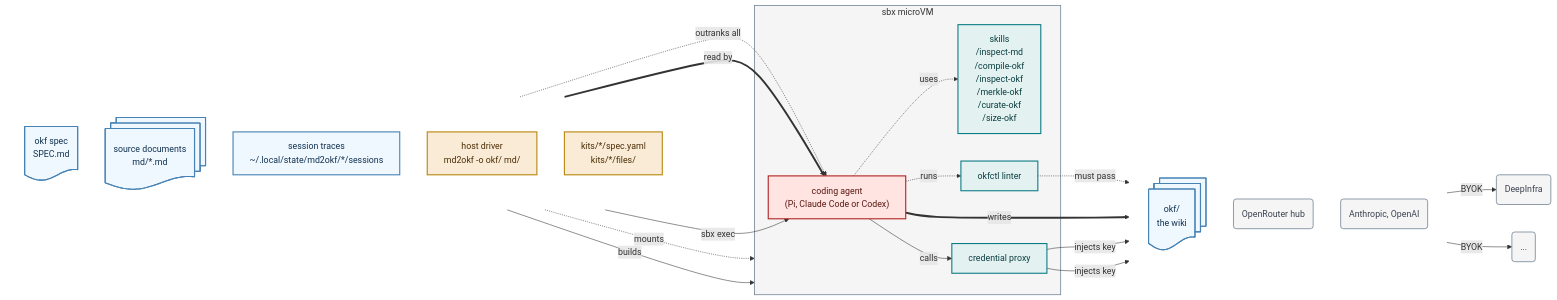
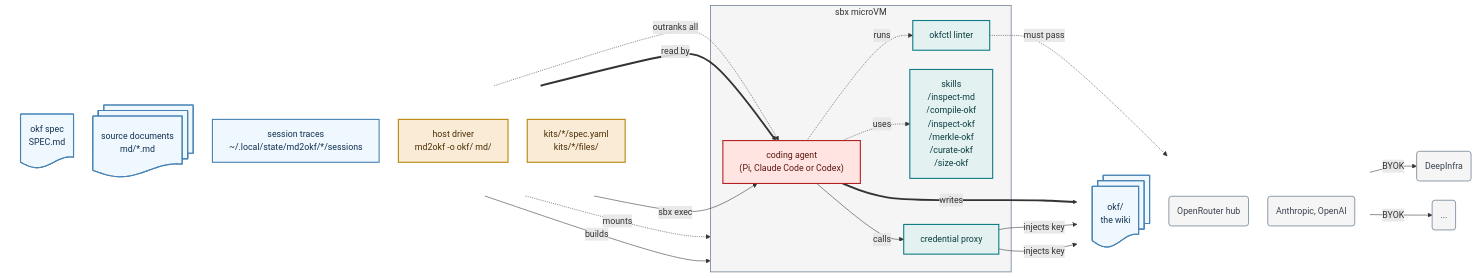
Before and after one commit to lars20070/md2okf: the diagram in README.md, drawn with Mermaid.

Commit message:
More balanced layout

````diff
--- a/README.md
+++ b/README.md
@@ -25,56 +25,62 @@
 ```mermaid
+---
+config:
+  flowchart:
+    nodeSpacing: 35
+    rankSpacing: 45
+---
 flowchart LR
   subgraph IN[" "]
     direction TB
     SPEC@{ shape: doc, label: "okf spec<br>SPEC.md"}
     MD@{ shape: docs, label: "source documents<br>md/*.md"}
     STATE["session traces<br/>~/.local/state/md2okf/*/sessions"]
     DRV["host driver<br>md2okf -o okf/ md/"]
     KIT["kits/*/spec.yaml<br/>kits/*/files/"]
   end
 
   subgraph VM["sbx microVM"]
     AGENT["coding agent<br/>(Pi, Claude Code or Codex)"]
+    LINT["okfctl linter"]
     TOOLS["skills<br>/inspect-md<br/>/compile-okf<br/>/inspect-okf<br/>/merkle-okf<br/>/curate-okf<br/>/size-okf"]
-    LINT["okfctl linter"]
     PROXY["credential proxy"]
   end
 
   subgraph OUT[" "]
     direction TB
     OKF@{ shape: docs, label: "okf/<br/>the wiki"}
     NET("OpenRouter hub")
     NET3("Anthropic, OpenAI")
   end
   NET1("DeepInfra")
   NET2("...")
 
   SPEC -.->|"outranks all"| AGENT
   MD ==>|"read by"| AGENT
   STATE -.->|"mounts"| VM
   STATE ~~~ AGENT
   DRV -->|"sbx exec"| AGENT
   KIT -->|"builds"| VM
-  AGENT -.->|"uses"| TOOLS
   AGENT -.->|"runs"| LINT
   LINT -.->|"must pass"| OKF
   AGENT ==>|"writes"| OKF
+  AGENT -.->|"uses"| TOOLS
   AGENT -->|"calls"| PROXY
   PROXY -->|"injects key"| NET
   PROXY -->|"injects key"| NET3
   NET -->|"BYOK"| NET1 & NET2
 
   classDef data    fill:aliceblue,stroke:steelblue,stroke-width:2px,color:#10314F
   classDef host    fill:antiquewhite,stroke:darkgoldenrod,stroke-width:2px,color:#4A2E05
   classDef helper  fill:#E3F2F1,stroke:#0E7C86,stroke-width:2px,color:#0B3D40
   classDef agent   fill:mistyrose,stroke:firebrick,stroke-width:2px,color:#5A1710
   classDef ext     fill:whitesmoke,stroke:lightslategray,stroke-width:1.5px,color:#3A4250
   class MD,SPEC,STATE,OKF data
   class KIT,DRV host
   class TOOLS,LINT,PROXY helper
   class AGENT agent
   class NET,NET3,NET1,NET2 ext
   style VM fill:whitesmoke,stroke:lightslategray,stroke-width:1.5px
   style IN fill:none,stroke:none
   style OUT fill:none,stroke:none
 ```
````
